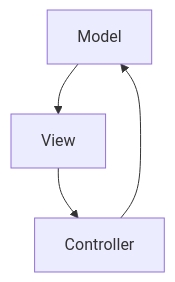
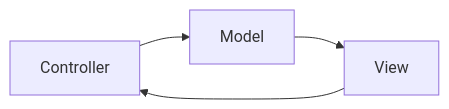
Before and after one commit to ahmedtolan2019/lab-notes: the fourth of 10 diagrams in software-lab-notes.md, drawn with Mermaid. The commit also changed other lines of this file, not shown here.

````diff
--- a/software-lab-notes.md
+++ b/software-lab-notes.md
@@ -397,6 +397,6 @@
 ```mermaid
-flowchart TD
+flowchart LR
+    Controller --> Model
     Model --> View
     View --> Controller
-    Controller --> Model
 ```
````
